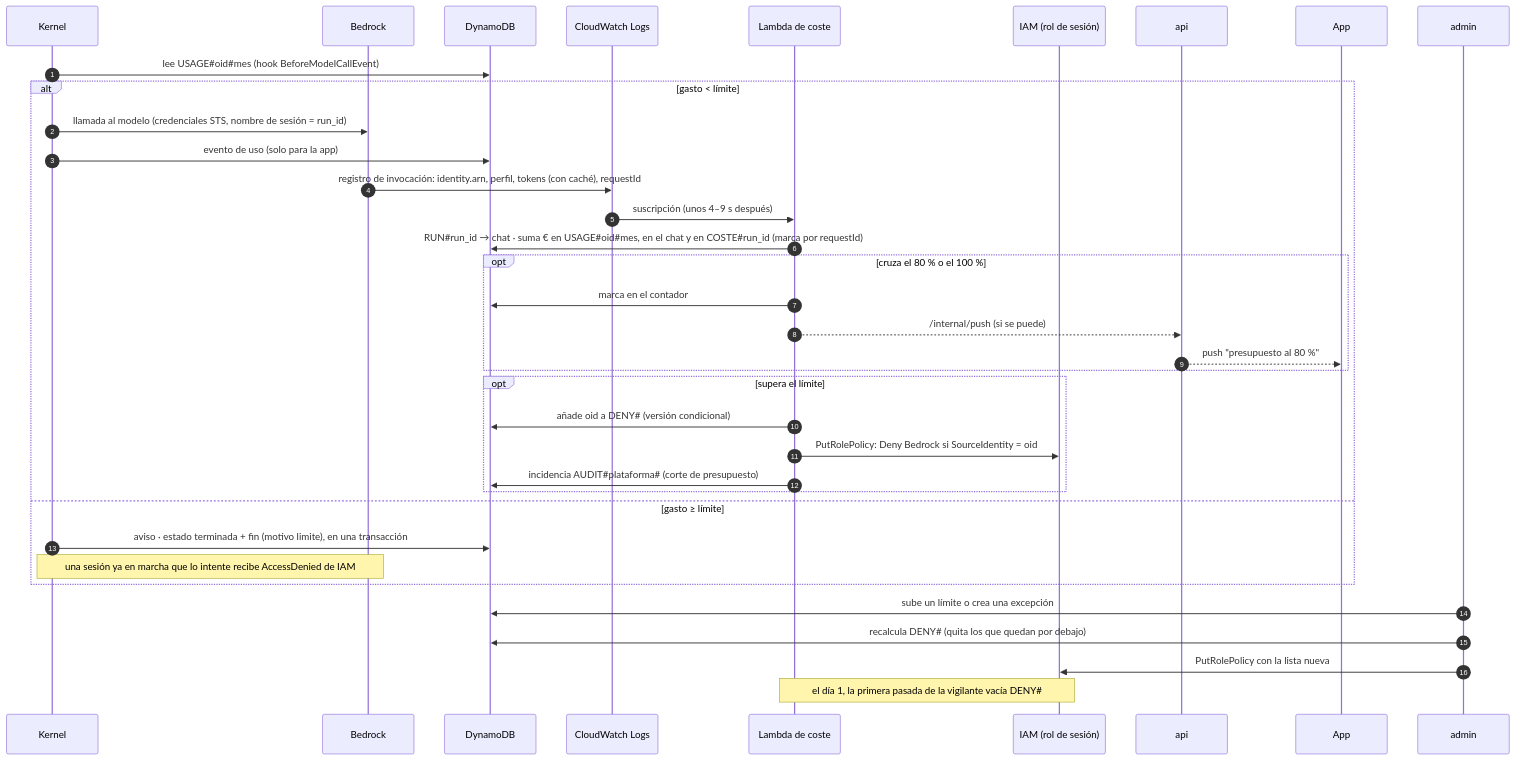
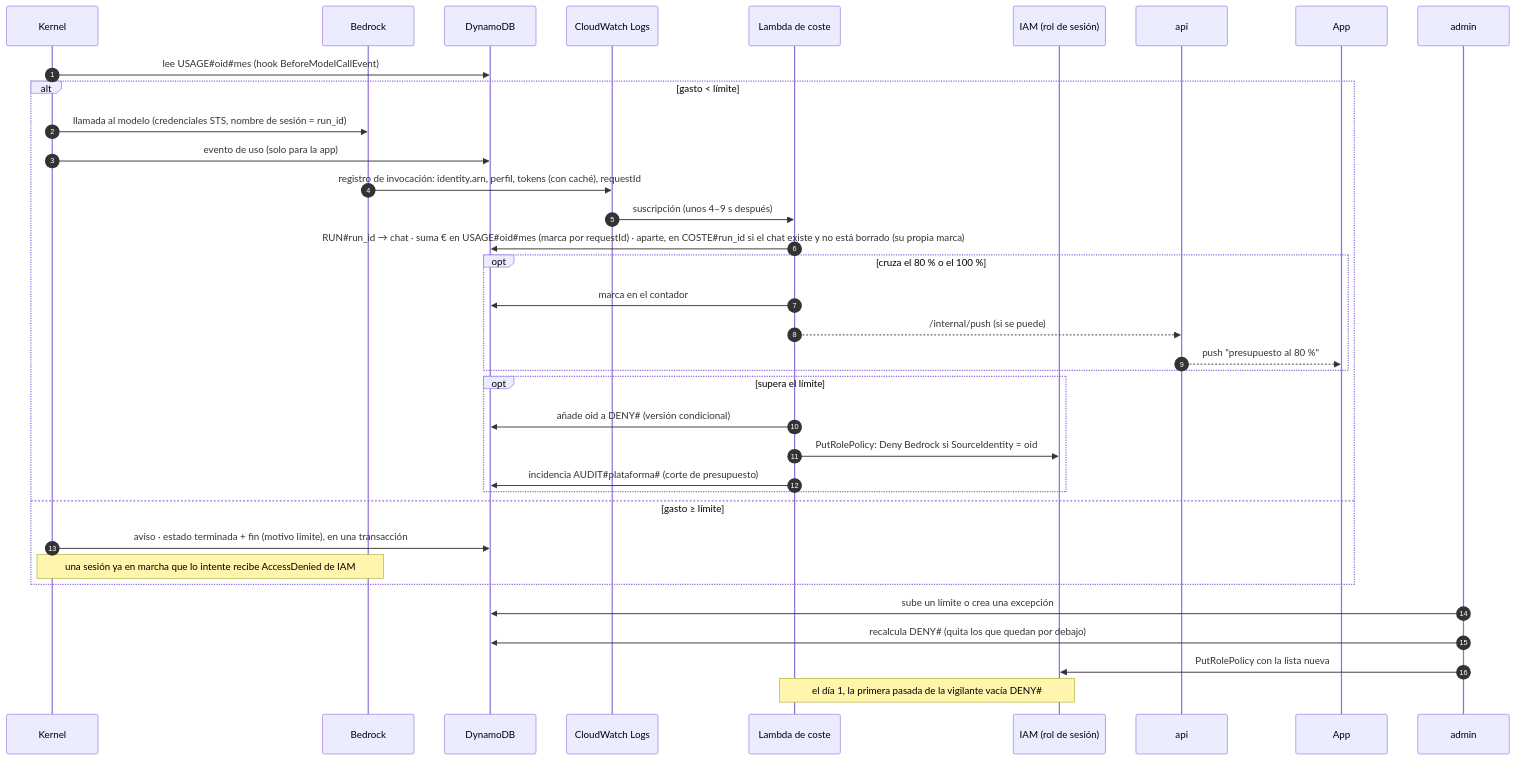
The eighth of 10 diagrams in docs/arquitectura-agentes.md (ikermendi/sample-agent-platform-with-agentcore), drawn with Mermaid before and after one commit. The commit also changed other lines of this file and 1 other file, not shown here.

````diff
--- a/docs/arquitectura-agentes.md
+++ b/docs/arquitectura-agentes.md
@@ -1083,39 +1081,39 @@
 ```mermaid
 sequenceDiagram
   autonumber
   participant K as Kernel
   participant B as Bedrock
   participant D as DynamoDB
   participant CW as CloudWatch Logs
   participant C as Lambda de coste
   participant IAM as IAM (rol de sesión)
   participant API as api
   participant App as App
   participant A as admin
 
   K->>D: lee USAGE#35;oid#35;mes (hook BeforeModelCallEvent)
   alt gasto < límite
     K->>B: llamada al modelo (credenciales STS, nombre de sesión = run_id)
     K->>D: evento de uso (solo para la app)
     B->>CW: registro de invocación: identity.arn, perfil, tokens (con caché), requestId
     CW->>C: suscripción (unos 4–9 s después)
-    C->>D: RUN#35;run_id → chat · suma € en USAGE#35;oid#35;mes, en el chat y en COSTE#35;run_id (marca por requestId)
+    C->>D: RUN#35;run_id → chat · suma € en USAGE#35;oid#35;mes (marca por requestId) · aparte, en COSTE#35;run_id si el chat existe y no está borrado (su propia marca)
     opt cruza el 80 % o el 100 %
       C->>D: marca en el contador
       C-->>API: /internal/push (si se puede)
       API-->>App: push "presupuesto al 80 %"
     end
     opt supera el límite
       C->>D: añade oid a DENY#35; (versión condicional)
       C->>IAM: PutRolePolicy: Deny Bedrock si SourceIdentity = oid
       C->>D: incidencia AUDIT#35;plataforma#35; (corte de presupuesto)
     end
   else gasto ≥ límite
     K->>D: aviso · estado terminada + fin (motivo limite), en una transacción
     Note over K,B: una sesión ya en marcha que lo intente recibe AccessDenied de IAM
   end
   A->>D: sube un límite o crea una excepción
   A->>D: recalcula DENY#35; (quita los que quedan por debajo)
   A->>IAM: PutRolePolicy con la lista nueva
   Note over C,IAM: el día 1, la primera pasada de la vigilante vacía DENY#35;
 ```
````
